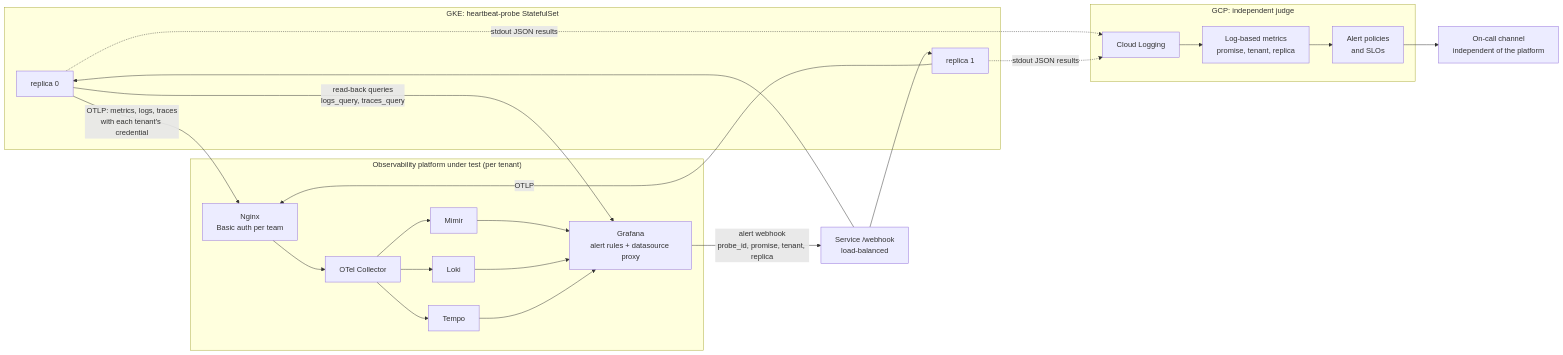
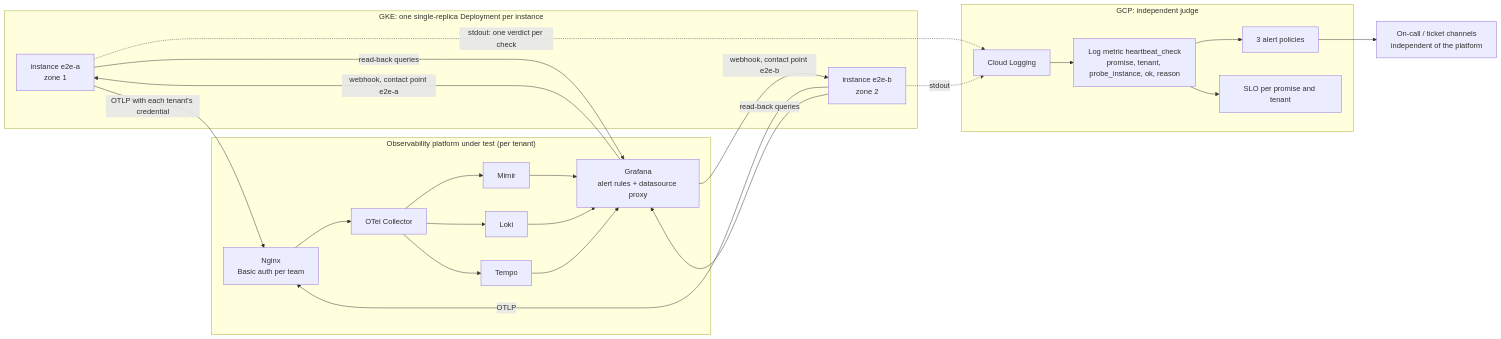
The first of 6 diagrams in heartbeat-probe/README.md (ileoliao/agent-repo), drawn with Mermaid before and after one commit. The commit also changed other lines of this file and 13 other files, not shown here.

````diff
--- a/heartbeat-probe/README.md
+++ b/heartbeat-probe/README.md
@@ -24,32 +27,33 @@
 ```mermaid
 flowchart LR
-  subgraph K8S["GKE: heartbeat-probe StatefulSet"]
-    R0["replica 0"]
-    R1["replica 1"]
+  subgraph GKE["GKE: one single-replica Deployment per instance"]
+    A["instance e2e-a<br/>zone 1"]
+    B["instance e2e-b<br/>zone 2"]
   end
 
   subgraph STACK["Observability platform under test (per tenant)"]
     NG["Nginx<br/>Basic auth per team"] --> OC["OTel Collector"]
     OC --> MM["Mimir"]
     OC --> LK["Loki"]
     OC --> TP["Tempo"]
     MM --> GR["Grafana<br/>alert rules + datasource proxy"]
     LK --> GR
     TP --> GR
   end
 
   subgraph GCP["GCP: independent judge"]
-    CL["Cloud Logging"] --> LM["Log-based metrics<br/>promise, tenant, replica"]
-    LM --> CM["Alert policies<br/>and SLOs"]
+    CL["Cloud Logging"] --> LM["Log metric heartbeat_check<br/>promise, tenant, probe_instance, ok, reason"]
+    LM --> POL["3 alert policies"]
+    LM --> SLO["SLO per promise and tenant"]
   end
 
-  R0 -- "OTLP: metrics, logs, traces<br/>with each tenant's credential" --> NG
-  R1 -- "OTLP" --> NG
-  GR -- "alert webhook<br/>probe_id, promise, tenant, replica" --> SVC["Service /webhook<br/>load-balanced"]
-  SVC --> R0
-  SVC --> R1
-  R0 -- "read-back queries<br/>logs_query, traces_query" --> GR
-  R0 -. "stdout JSON results" .-> CL
-  R1 -. "stdout JSON results" .-> CL
-  CM --> ONCALL["On-call channel<br/>independent of the platform"]
+  A -- "OTLP with each tenant's credential" --> NG
+  B -- "OTLP" --> NG
+  GR -- "webhook, contact point e2e-a" --> A
+  GR -- "webhook, contact point e2e-b" --> B
+  A -- "read-back queries" --> GR
+  B -- "read-back queries" --> GR
+  A -. "stdout: one verdict per check" .-> CL
+  B -. "stdout" .-> CL
+  POL --> ONCALL["On-call / ticket channels<br/>independent of the platform"]
 ```
````
